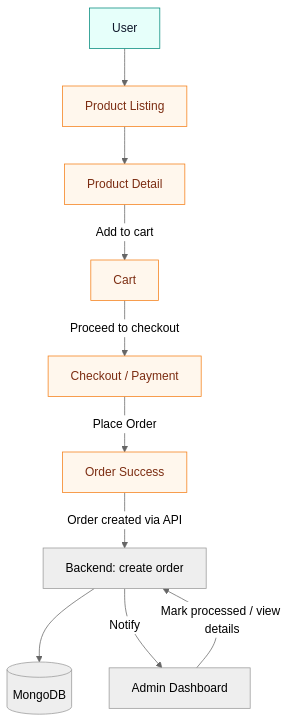
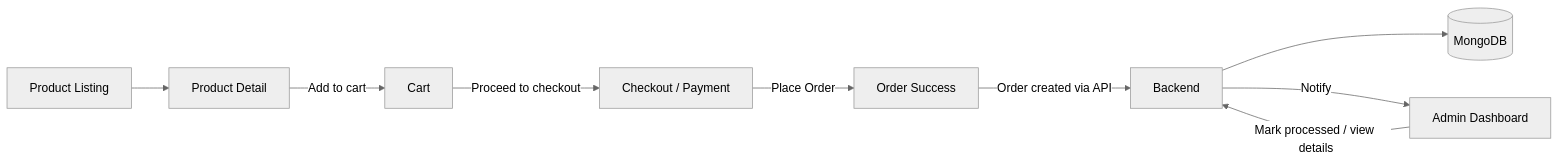
Before and after one commit to nikhildeshmukh170/E-commerce-application: the second of 2 diagrams in README.md, drawn with Mermaid (neutral theme). The commit also changed other lines of this file, not shown here.

````diff
--- a/README.md
+++ b/README.md
@@ -117,17 +177,11 @@
 ```mermaid
-flowchart TD
-  U[User] --> PL[Product Listing]
-  PL --> PD[Product Detail]
-  PD -->|Add to cart| C[Cart]
-  C -->|Proceed to checkout| CO[Checkout / Payment]
-  CO -->|Place Order| OS[Order Success]
-  OS -->|Order created via API| B[Backend: create order]
-  B --> DB[(MongoDB)]
-  B -->|Notify| ADM[Admin Dashboard]
-  ADM -->|Mark processed / view details| B
-
-  classDef user fill:#e6fffa,stroke:#00897B,color:#0f172a;
-  classDef action fill:#fff7ed,stroke:#f57f17,color:#7c2d12;
-  class PL,PD,C,CO,OS action
-  class U user
+flowchart LR
+	PL[Product Listing] --> PD[Product Detail]
+	PD -->|Add to cart| C[Cart]
+	C -->|Proceed to checkout| CO[Checkout / Payment]
+	CO -->|Place Order| OS[Order Success]
+	OS -->|Order created via API| B[Backend]
+	B --> DB[(MongoDB)]
+	B -->|Notify| ADM[Admin Dashboard]
+	ADM -->|Mark processed / view details| B
 ```
````
